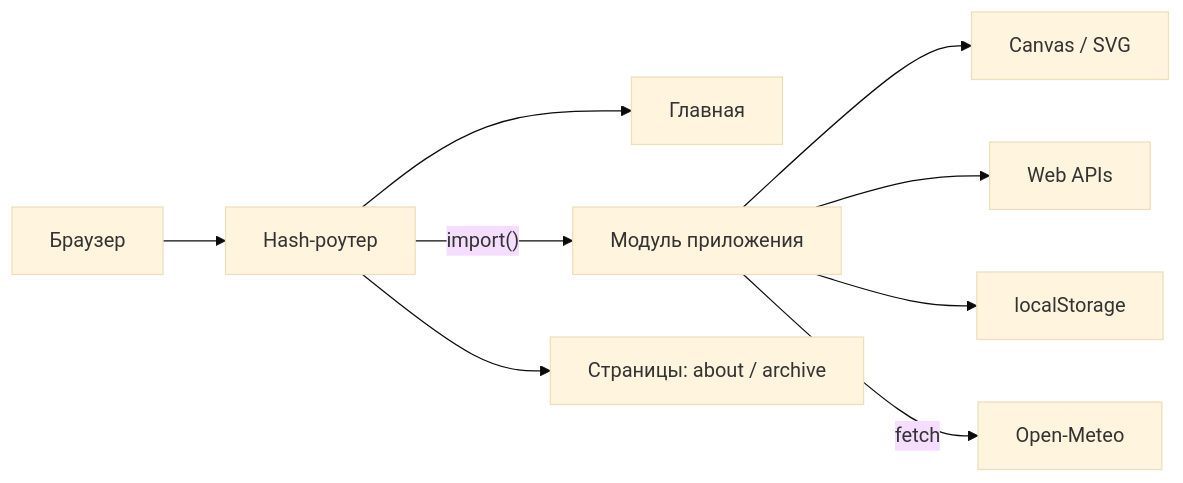
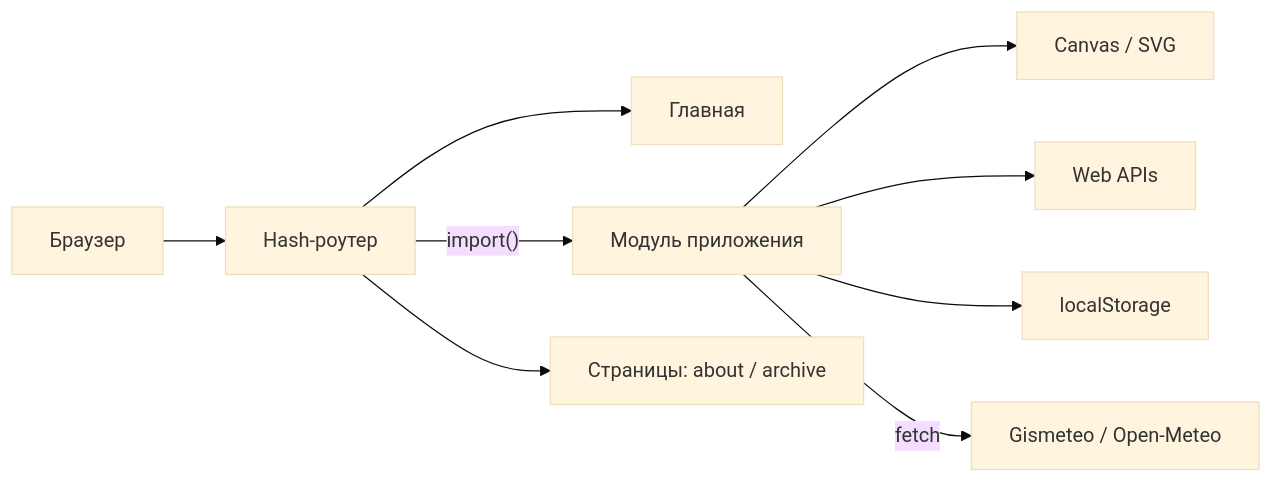
Before and after one commit to d1m40fficial/web-projects: the diagram in README.md, drawn with Mermaid (base theme). The commit also changed other lines of this file and 12 other files, not shown here.

````diff
--- a/README.md
+++ b/README.md
@@ -95,11 +95,11 @@
 ```mermaid
 flowchart LR
   B[Браузер] --> R[Hash-роутер]
   R --> H[Главная]
   R -->|"import()"| A[Модуль приложения]
   A --> C[Canvas / SVG]
   A --> W[Web APIs]
   A --> L[localStorage]
-  A -->|fetch| O[Open-Meteo]
+  A -->|fetch| O[Gismeteo / Open-Meteo]
   R --> P[Страницы: about / archive]
 ```
````
